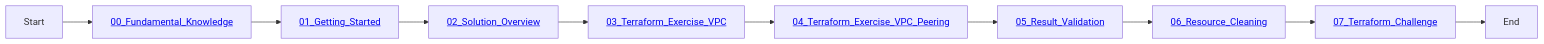
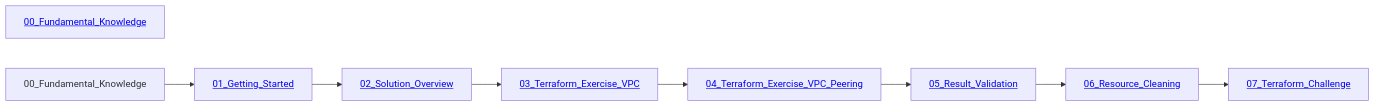
The diagram in README.md (Huawei-APAC-Professional-Services/terraform-101-workshop), drawn with Mermaid before and after one commit.

````diff
--- a/README.md
+++ b/README.md
@@ -46,21 +46,19 @@
 ```mermaid
 flowchart LR
-    Start --> 00_Fundamental_Knowledge[<a href='https://github.com/Huawei-APAC-Professional-Services/terraform-101-workshop/blob/master/workshop/00_Fundamental_Knowledge.md'>00_Fundamental_Knowledge</a>]
+    Start[<a href='https://github.com/Huawei-APAC-Professional-Services/terraform-101-workshop/blob/master/workshop/00_Fundamental_Knowledge.md'>00_Fundamental_Knowledge</a>]
 
     00_Fundamental_Knowledge --> 01_Getting_Started[<a href='https://github.com/Huawei-APAC-Professional-Services/terraform-101-workshop/blob/master/workshop/01_Getting_Started.md'>01_Getting_Started</a>]
 
     01_Getting_Started --> 02_Solution_Overview[<a href='https://github.com/Huawei-APAC-Professional-Services/terraform-101-workshop/blob/master/workshop/02_Solution_Overview.md'>02_Solution_Overview</a>]
 
     02_Solution_Overview --> 03_Terraform_Exercise_VPC[<a href='https://github.com/Huawei-APAC-Professional-Services/terraform-101-workshop/blob/master/workshop/03_Terraform_Exercise_VPC.md'>03_Terraform_Exercise_VPC</a>]
 
     03_Terraform_Exercise_VPC --> 04_Terraform_Exercise_VPC_Peering[<a href='https://github.com/Huawei-APAC-Professional-Services/terraform-101-workshop/blob/master/workshop/04_Terraform_Exercise_VPC_Peering.md'>04_Terraform_Exercise_VPC_Peering</a>]
 
     04_Terraform_Exercise_VPC_Peering --> 05_Result_Validation[<a href='https://github.com/Huawei-APAC-Professional-Services/terraform-101-workshop/blob/master/workshop/05_Result_Validation.md'>05_Result_Validation</a>]
 
     05_Result_Validation --> 06_Resource_Cleaning[<a href='https://github.com/Huawei-APAC-Professional-Services/terraform-101-workshop/blob/master/workshop/06_Resource_Cleaning.md'>06_Resource_Cleaning</a>]
 
     06_Resource_Cleaning --> 07_Terraform_Challenge[<a href='https://github.com/Huawei-APAC-Professional-Services/terraform-101-workshop/blob/master/workshop/07_Terraform_Challenge.md'>07_Terraform_Challenge</a>]
 
-    07_Terraform_Challenge --> End
-    
 ```
````
